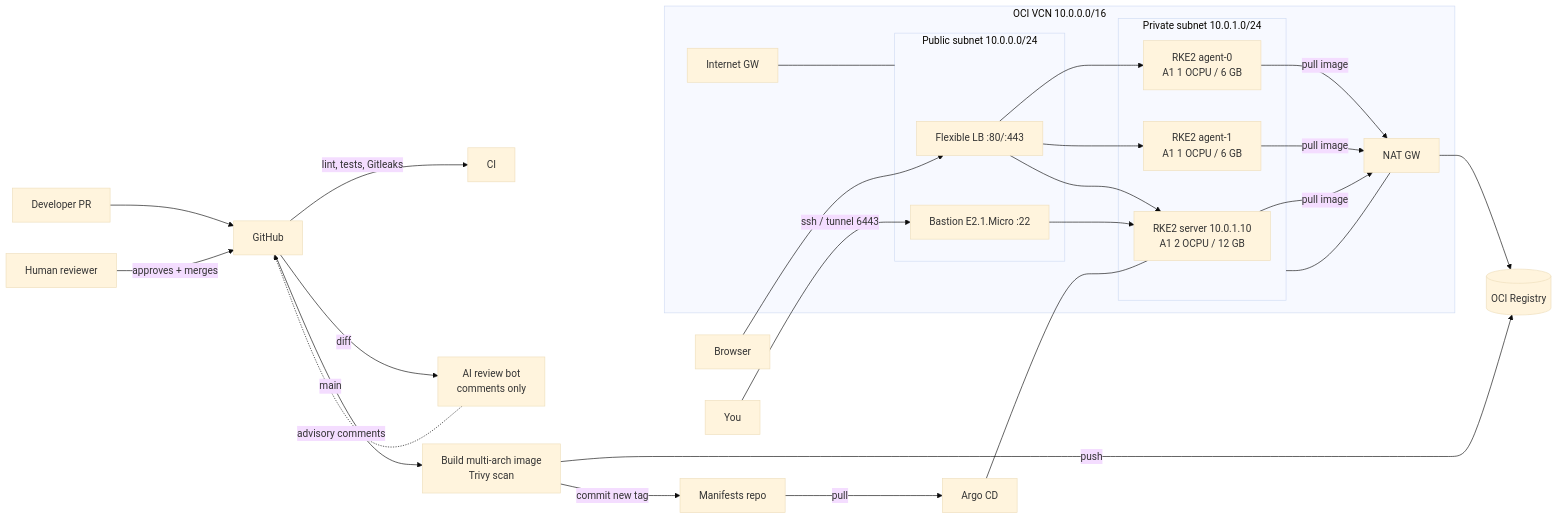
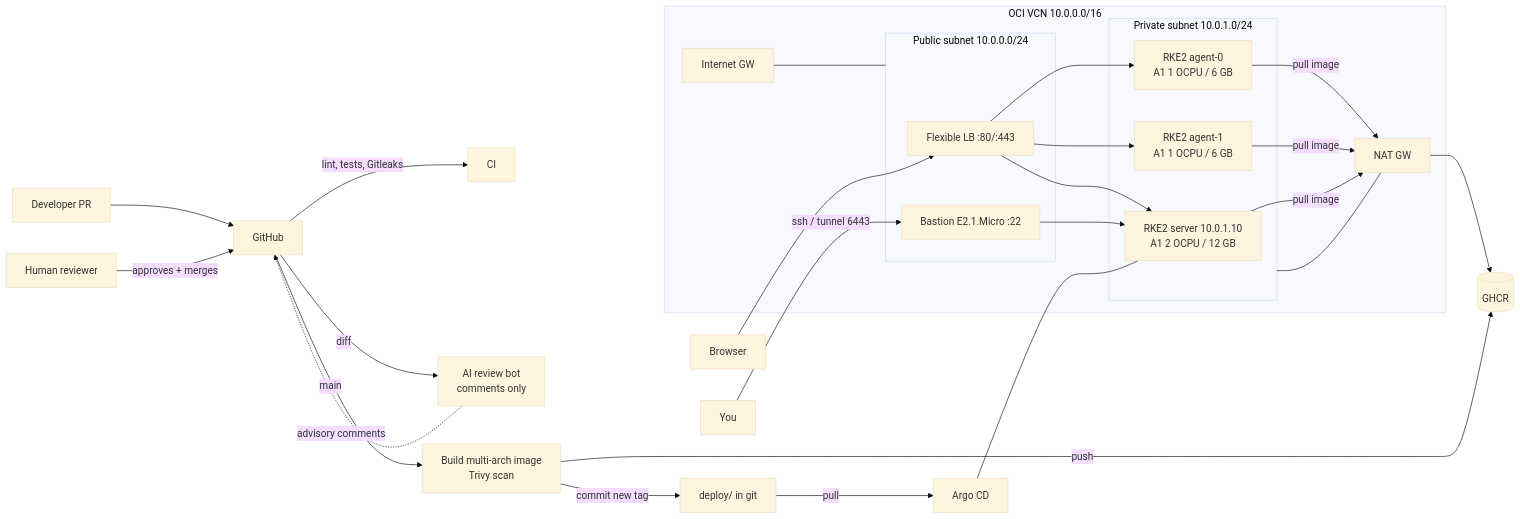
One commit to marshfalex/fda-device-rag changed the diagram in docs/infra/ARCHITECTURE.md. Above: the diagram before and after it, drawn with Mermaid (base theme). The commit also changed other lines of this file and 1 other file, not shown here.

Commit message:
README/architecture: accurate platform status, eval results, runbook links

````diff
--- a/docs/infra/ARCHITECTURE.md
+++ b/docs/infra/ARCHITECTURE.md
@@ -3,30 +5,30 @@
 ```mermaid
 flowchart LR
   dev[Developer PR] --> gh[GitHub]
   gh -->|lint, tests, Gitleaks| ci[CI]
   gh -->|diff| ai[AI review bot<br/>comments only]
   ai -.->|advisory comments| gh
   human[Human reviewer] -->|approves + merges| gh
   gh -->|main| img[Build multi-arch image<br/>Trivy scan]
-  img -->|push| ocir[(OCI Registry)]
-  img -->|commit new tag| mrepo[Manifests repo]
+  img -->|push| ocir[(GHCR)]
+  img -->|commit new tag| mrepo[deploy/ in git]
   mrepo -->|pull| argo[Argo CD]
 
   subgraph OCI[OCI VCN 10.0.0.0/16]
     subgraph pub[Public subnet 10.0.0.0/24]
       lb[Flexible LB :80/:443]
       bastion[Bastion E2.1.Micro :22]
     end
     subgraph priv[Private subnet 10.0.1.0/24]
       srv[RKE2 server 10.0.1.10<br/>A1 2 OCPU / 12 GB]
       a0[RKE2 agent-0<br/>A1 1 OCPU / 6 GB]
       a1[RKE2 agent-1<br/>A1 1 OCPU / 6 GB]
     end
     igw[Internet GW] --- pub
     nat[NAT GW] --- priv
   end
   user[Browser] --> lb --> a0 & a1 & srv
   argo --- srv
   srv & a0 & a1 -->|pull image| nat --> ocir
   admin[You] -->|ssh / tunnel 6443| bastion --> srv
 ```
````
